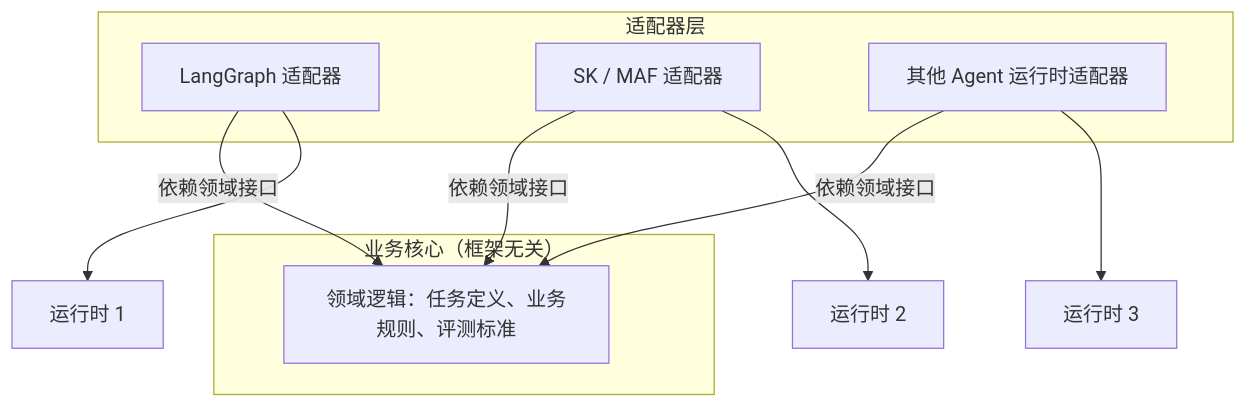
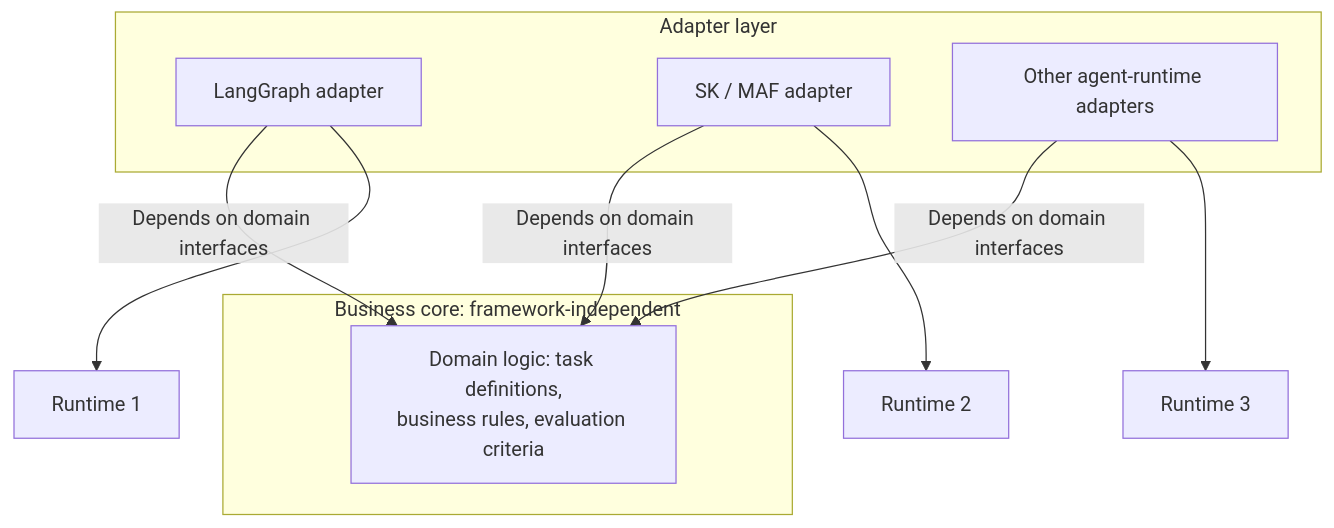
The second of 4 diagrams in docs/frameworks/06-selection-portability/23-lockin-and-portable-architecture.md (oneleaveknowsthefall/awesome-ai-roadmap), drawn with Mermaid before and after one commit. The commit also changed other lines of this file and 70 other files, not shown here.

````diff
--- a/docs/frameworks/06-selection-portability/23-lockin-and-portable-architecture.md
+++ b/docs/frameworks/06-selection-portability/23-lockin-and-portable-architecture.md
@@ -28,17 +28,17 @@
 ```mermaid
 flowchart TB
-    subgraph Core["业务核心（框架无关）"]
-        BL["领域逻辑：任务定义、业务规则、评测标准"]
+    subgraph Core["Business core: framework-independent"]
+        BL["Domain logic: task definitions,<br/>business rules, evaluation criteria"]
     end
-    subgraph Adapters["适配器层"]
-        A1["LangGraph 适配器"]
-        A2["SK / MAF 适配器"]
-        A3["其他 Agent 运行时适配器"]
+    subgraph Adapters["Adapter layer"]
+        A1["LangGraph adapter"]
+        A2["SK / MAF adapter"]
+        A3["Other agent-runtime adapters"]
     end
-    A1 -->|依赖领域接口| BL
-    A2 -->|依赖领域接口| BL
-    A3 -->|依赖领域接口| BL
-    A1 --> R1["运行时 1"]
-    A2 --> R2["运行时 2"]
-    A3 --> R3["运行时 3"]
+    A1 -->|Depends on domain interfaces| BL
+    A2 -->|Depends on domain interfaces| BL
+    A3 -->|Depends on domain interfaces| BL
+    A1 --> R1["Runtime 1"]
+    A2 --> R2["Runtime 2"]
+    A3 --> R3["Runtime 3"]
 ```
````
